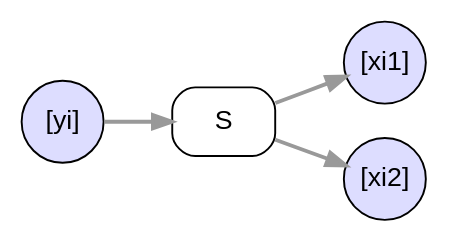
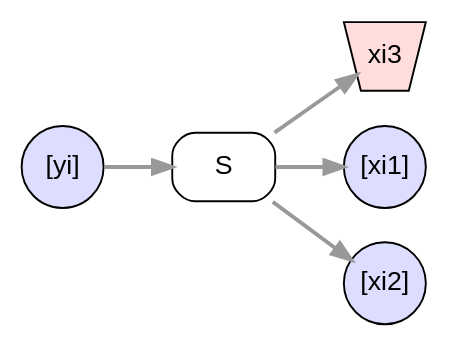
One commit to drautzburg/currychicken changed the diagram in opal/ProductsSplit.dot. Above: the diagram before and after it, drawn with Graphviz. The commit also changed 1 other file, not shown here.

```diff
--- a/opal/ProductsSplit.dot
+++ b/opal/ProductsSplit.dot
@@ -1,21 +1,23 @@
 digraph d {
 	node [fontname = "Arial"];
 	edge [fontname = "Arial", fontsize=11,color="#999999", penwidth=2, weight=1];
 
 	rankdir=LR
 	subgraph nest {
-		node [shape=circle, style=filled, fillcolor="#FFDDDD", fixedsize=true, width=0.6]
+		node [shape=invtrapezium, style=filled, fillcolor="#FFDDDD", fixedsize=true, width=0.6]
+		xi3[label="xi3"]
 		}		
 	subgraph list {
 		node [shape=circle, style=filled, fillcolor="#DDDDFF", fixedsize=true, width=0.6]
 		xi1[label="[xi1]"]
 		xi2[label="[xi2]"]
 		yi[label="[yi]"]
 		}
 	subgraph process {
 		node [shape=box, style=rounded]
 		S
 	}
 yi -> S -> xi1
 S -> xi2
+S -> xi3
 }
```
